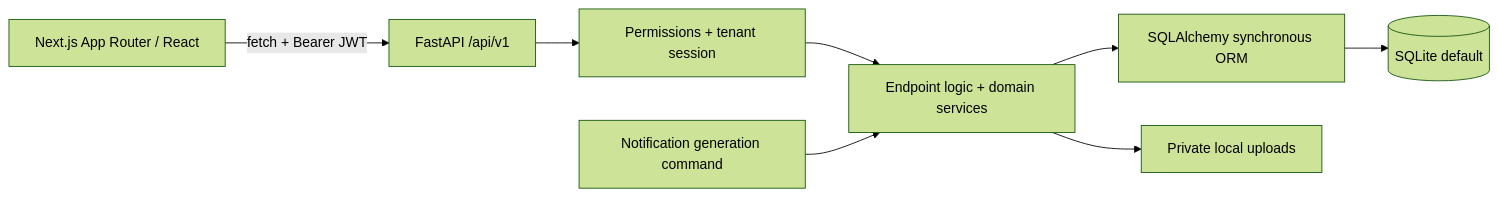
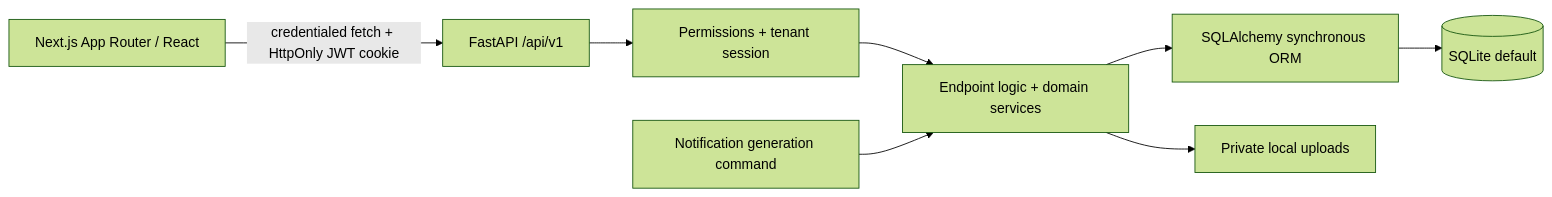
One commit to EduardJaha/VehicleFleetControl changed the diagram in AGENTS.md. Above: the diagram before and after it, drawn with Mermaid (forest theme). The commit also changed other lines of this file and 45 other files, not shown here.

````diff
--- a/AGENTS.md
+++ b/AGENTS.md
@@ -15,10 +15,10 @@
 ```mermaid
 flowchart LR
-    UI[Next.js App Router / React] -->|fetch + Bearer JWT| API[FastAPI /api/v1]
+    UI[Next.js App Router / React] -->|credentialed fetch + HttpOnly JWT cookie| API[FastAPI /api/v1]
     API --> AUTH[Permissions + tenant session]
     AUTH --> LOGIC[Endpoint logic + domain services]
     LOGIC --> ORM[SQLAlchemy synchronous ORM]
     ORM --> DB[(SQLite default)]
     LOGIC --> DISK[Private local uploads]
     JOB[Notification generation command] --> LOGIC
 ```
````
